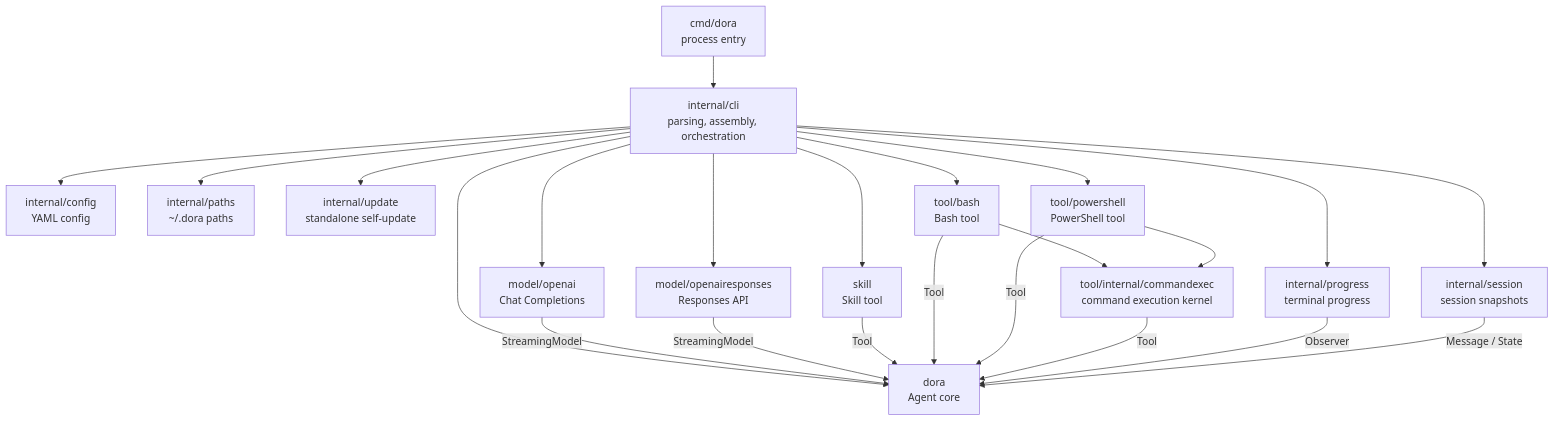
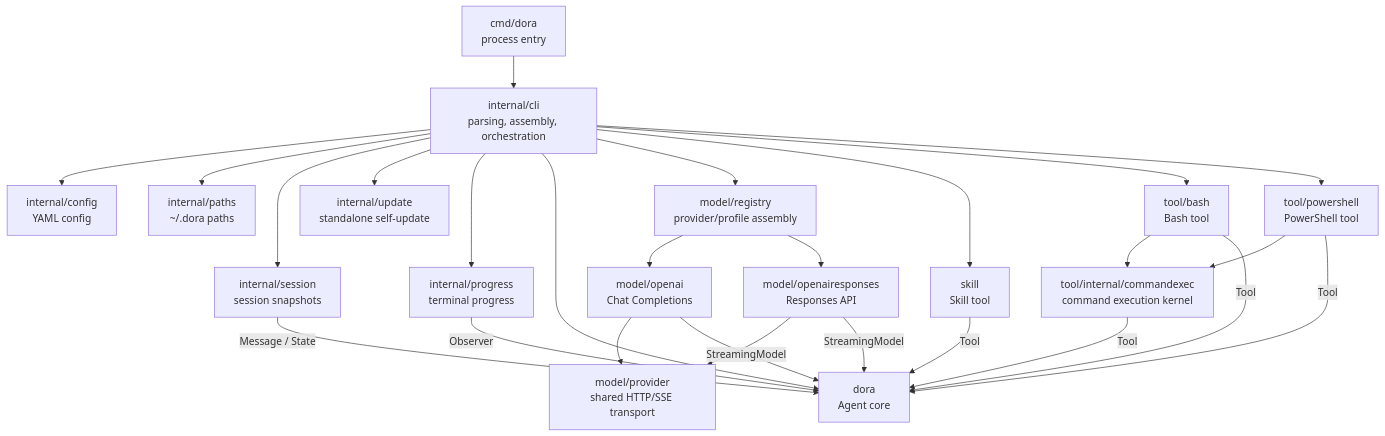
The first of 2 diagrams in docs/architecture.md (lgxz/dora), drawn with Mermaid before and after one commit. The commit also changed other lines of this file and 47 other files, not shown here.

````diff
--- a/docs/architecture.md
+++ b/docs/architecture.md
@@ -17,28 +17,31 @@
 ```mermaid
 flowchart TD
     Main["cmd/dora<br/>process entry"] --> CLI["internal/cli<br/>parsing, assembly, orchestration"]
 
     CLI --> Config["internal/config<br/>YAML config"]
     CLI --> Paths["internal/paths<br/>~/.dora paths"]
     CLI --> Session["internal/session<br/>session snapshots"]
     CLI --> Update["internal/update<br/>standalone self-update"]
     CLI --> Progress["internal/progress<br/>terminal progress"]
     CLI --> Core["dora<br/>Agent core"]
-    CLI --> OpenAI["model/openai<br/>Chat Completions"]
-    CLI --> Responses["model/openairesponses<br/>Responses API"]
+    CLI --> Registry["model/registry<br/>provider/profile assembly"]
     CLI --> Skill["skill<br/>Skill tool"]
     CLI --> Bash["tool/bash<br/>Bash tool"]
     CLI --> PowerShell["tool/powershell<br/>PowerShell tool"]
 
+    Registry --> OpenAI["model/openai<br/>Chat Completions"]
+    Registry --> Responses["model/openairesponses<br/>Responses API"]
+    OpenAI --> Provider["model/provider<br/>shared HTTP/SSE transport"]
+    Responses --> Provider
     Bash --> CommandExec["tool/internal/commandexec<br/>command execution kernel"]
     PowerShell --> CommandExec
 
     OpenAI -->|"StreamingModel"| Core
     Responses -->|"StreamingModel"| Core
     Skill -->|"Tool"| Core
     Bash -->|"Tool"| Core
     PowerShell -->|"Tool"| Core
     CommandExec -->|"Tool"| Core
     Progress -->|"Observer"| Core
     Session -->|"Message / State"| Core
 ```
````
